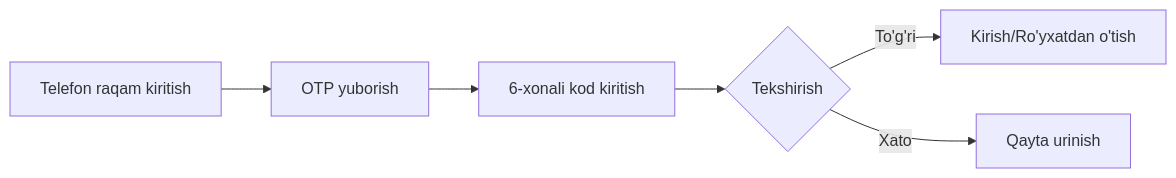
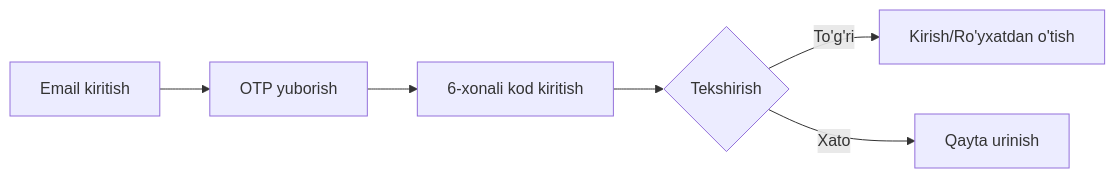
The diagram in CyberPitch_TZ.md (Turgunoff/gamehub), drawn with Mermaid before and after one commit. The commit also changed other lines of this file, not shown here.

````diff
--- a/CyberPitch_TZ.md
+++ b/CyberPitch_TZ.md
@@ -116,8 +116,8 @@
 ```mermaid
 graph LR
-    A[Telefon raqam kiritish] --> B[OTP yuborish]
+    A[Email kiritish] --> B[OTP yuborish]
     B --> C[6-xonali kod kiritish]
     C --> D{Tekshirish}
     D -->|To'g'ri| E[Kirish/Ro'yxatdan o'tish]
     D -->|Xato| F[Qayta urinish]
 ```
````
